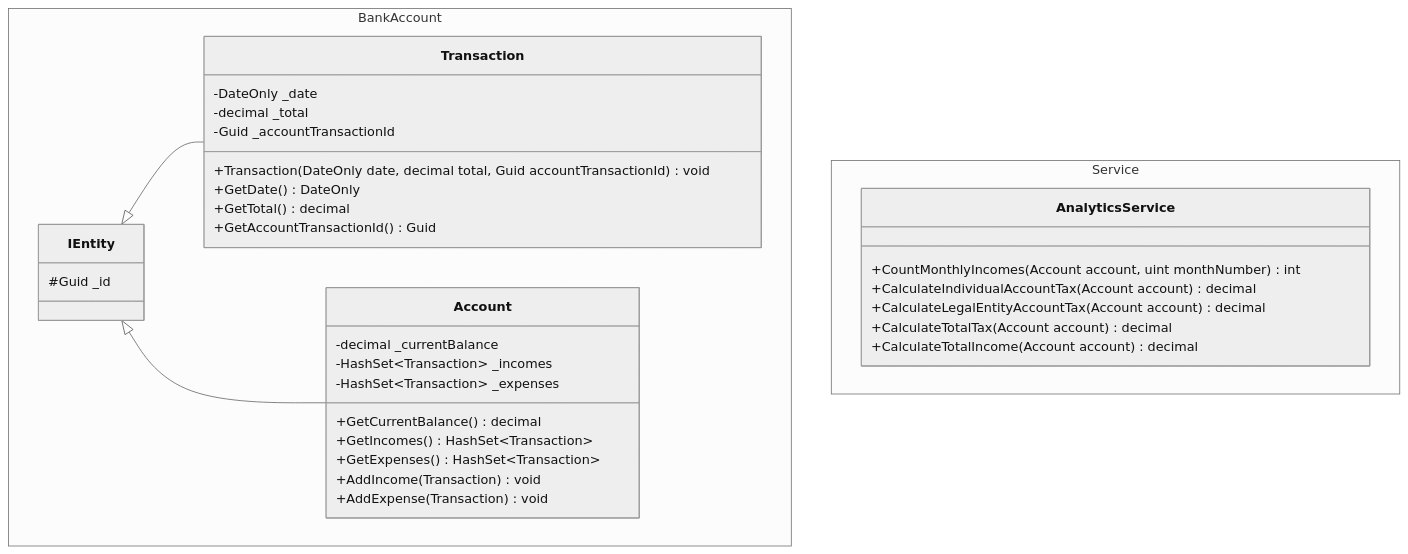
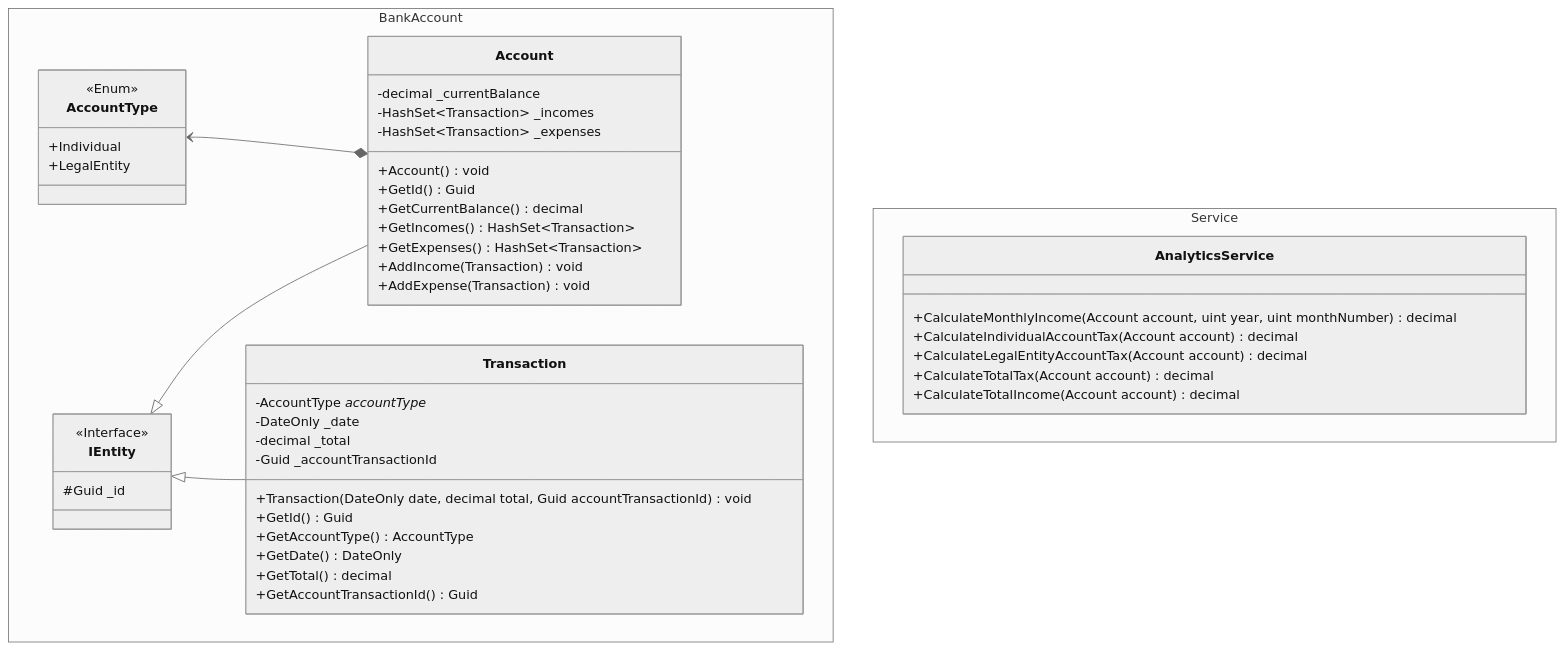
One commit to normalman101/Business-BS changed the diagram in README.md. Above: the diagram before and after it, drawn with Mermaid (neutral theme).

Commit message:
Refactor class diagram in README.md

````diff
--- a/README.md
+++ b/README.md
@@ -1,42 +1,55 @@
 ```mermaid
 classDiagram
     namespace BankAccount {
-    class IEntity {
-        #Guid _id
+        class IEntity {
+            <<Interface>>
+            #Guid _id
+        }
+
+        class AccountType {
+            <<Enum>>
+            +Individual
+            +LegalEntity
+        }
+
+        class Transaction {
+            -AccountType _accountType_
+            -DateOnly _date
+            -decimal _total
+            -Guid _accountTransactionId
+            +Transaction(DateOnly date, decimal total, Guid accountTransactionId) void
+            +GetId() Guid
+            +GetAccountType() AccountType
+            +GetDate() DateOnly
+            +GetTotal() decimal
+            +GetAccountTransactionId() Guid
+        }
+
+        class Account {
+            -decimal _currentBalance
+            -HashSet~Transaction~ _incomes
+            -HashSet~Transaction~ _expenses
+            +Account() void
+            +GetId() Guid
+            +GetCurrentBalance() decimal
+            +GetIncomes() HashSet~Transaction~
+            +GetExpenses() HashSet~Transaction~
+            +AddIncome(Transaction) void
+            +AddExpense(Transaction) void
+        }
     }
-
-    class Transaction {
-        -DateOnly _date
-        -decimal _total
-        -Guid _accountTransactionId
-        +Transaction(DateOnly date, decimal total, Guid accountTransactionId) void
-        +GetDate() DateOnly
-        +GetTotal() decimal
-        +GetAccountTransactionId() Guid
-    }
-
-    class Account {
-        -decimal _currentBalance
-        -HashSet~Transaction~ _incomes
-        -HashSet~Transaction~ _expenses
-        +GetCurrentBalance() decimal
-        +GetIncomes() HashSet~Transaction~
-        +GetExpenses() HashSet~Transaction~
-        +AddIncome(Transaction) void
-        +AddExpense(Transaction) void
-    }
-    }
+    AccountType <--* Account
     IEntity <|-- Transaction
     IEntity <|-- Account
 
 
     namespace Service {
-    class AnalyticsService {
-        +CountMonthlyIncomes(Account account, uint monthNumber) int
-        +CalculateIndividualAccountTax(Account account) decimal
-        +CalculateLegalEntityAccountTax(Account account) decimal
-        +CalculateTotalTax(Account account) decimal
-        +CalculateTotalIncome(Account account) decimal
-    }
+        class AnalyticsService {
+            +CalculateMonthlyIncome(Account account, uint year, uint monthNumber) decimal
+            +CalculateIndividualAccountTax(Account account) decimal
+            +CalculateLegalEntityAccountTax(Account account) decimal
+            +CalculateTotalTax(Account account) decimal
+            +CalculateTotalIncome(Account account) decimal
+        }
     }
 ```
````
